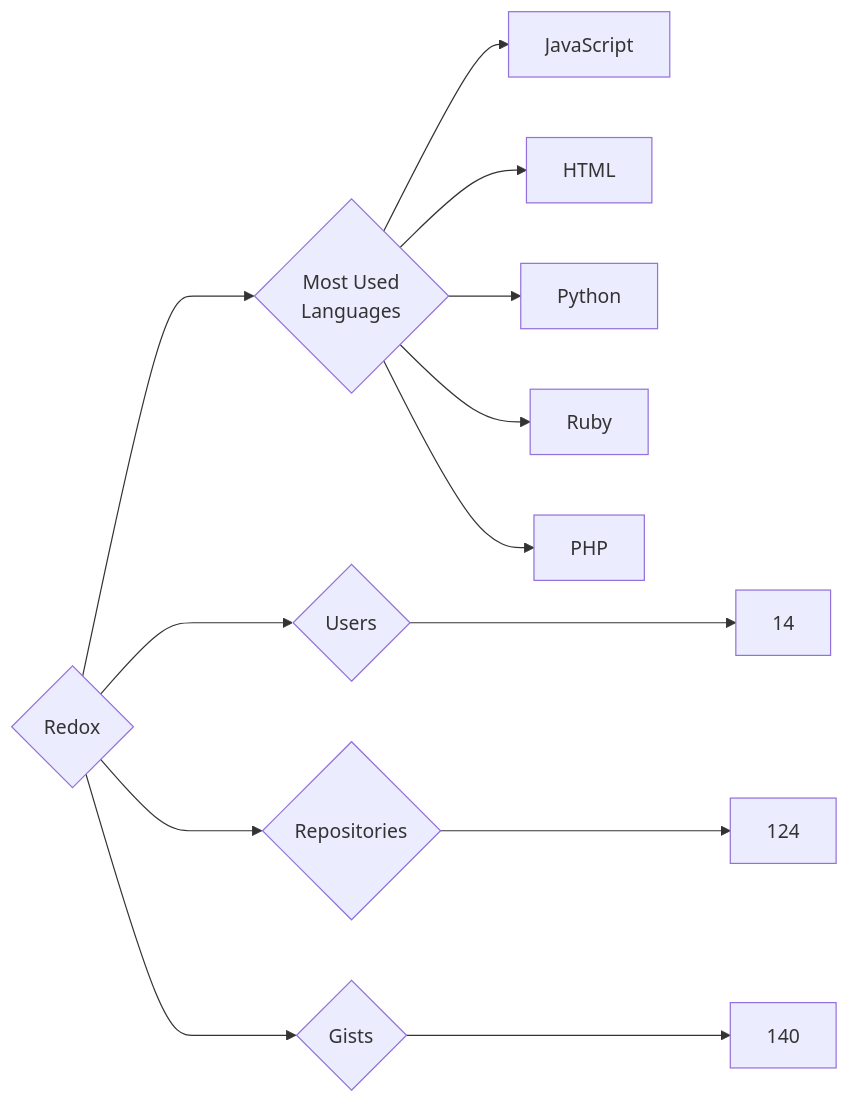
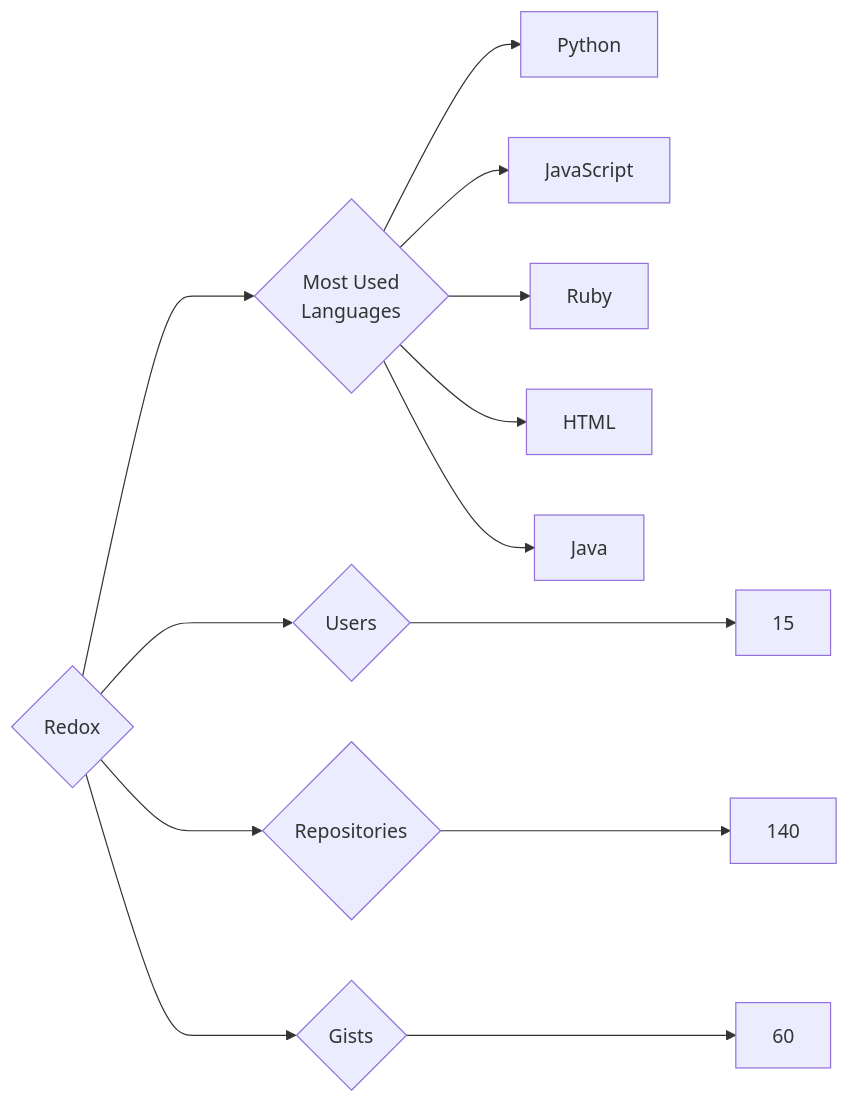
Before and after one commit to trickest/insiders: the diagram in targets/Redox/README.md, drawn with Mermaid. The commit also changed 953 other files, not shown here.

````diff
--- a/targets/Redox/README.md
+++ b/targets/Redox/README.md
@@ -3,13 +3,13 @@
 ```mermaid
 graph LR
 COMPANY_NAME{Redox}
-COMPANY_NAME ---> U{Users} ---> UN[14]
-COMPANY_NAME ---> R{Repositories} ---> RN[124]
-COMPANY_NAME ---> G{Gists} ---> GN[140]
+COMPANY_NAME ---> U{Users} ---> UN[15]
+COMPANY_NAME ---> R{Repositories} ---> RN[140]
+COMPANY_NAME ---> G{Gists} ---> GN[60]
 COMPANY_NAME ---> ML{Most Used<br>Languages}
+ML --> Python[Python]
 ML --> JavaScript[JavaScript]
+ML --> Ruby[Ruby]
 ML --> HTML[HTML]
-ML --> Python[Python]
-ML --> Ruby[Ruby]
-ML --> PHP[PHP]
+ML --> Java[Java]
 ```
````
